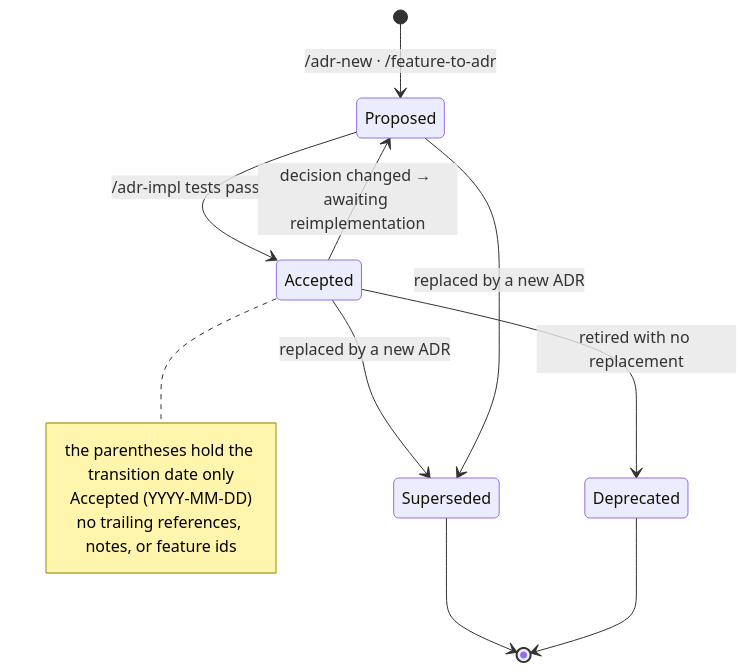
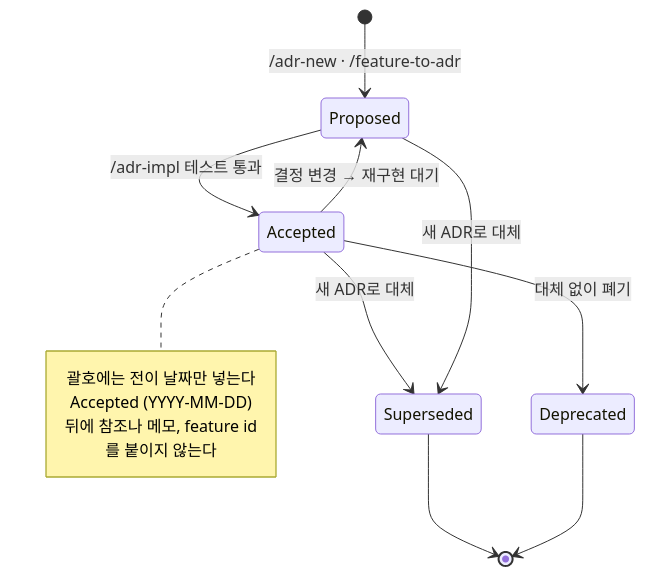
The seventh of 8 diagrams in docs/adr-process.md (haandol/alps-writer-mcp), drawn with Mermaid before and after one commit. The commit also changed other lines of this file, not shown here.

First line of the commit message:
docs(adr): translate the process overview to Korean and add a section index

````diff
--- a/docs/adr-process.md
+++ b/docs/adr-process.md
@@ -95,17 +354,17 @@
 ```mermaid
 stateDiagram-v2
     [*] --> Proposed: /adr-new · /feature-to-adr
-    Proposed --> Accepted: /adr-impl tests pass
-    Accepted --> Proposed: decision changed → awaiting reimplementation
-    Accepted --> Deprecated: retired with no replacement
-    Accepted --> Superseded: replaced by a new ADR
-    Proposed --> Superseded: replaced by a new ADR
+    Proposed --> Accepted: /adr-impl 테스트 통과
+    Accepted --> Proposed: 결정 변경 → 재구현 대기
+    Accepted --> Deprecated: 대체 없이 폐기
+    Accepted --> Superseded: 새 ADR로 대체
+    Proposed --> Superseded: 새 ADR로 대체
     Superseded --> [*]
     Deprecated --> [*]
 
     note right of Accepted
-        the parentheses hold the transition date only
+        괄호에는 전이 날짜만 넣는다
         Accepted (YYYY-MM-DD)
-        no trailing references, notes, or feature ids
+        뒤에 참조나 메모, feature id를 붙이지 않는다
     end note
 ```
````
